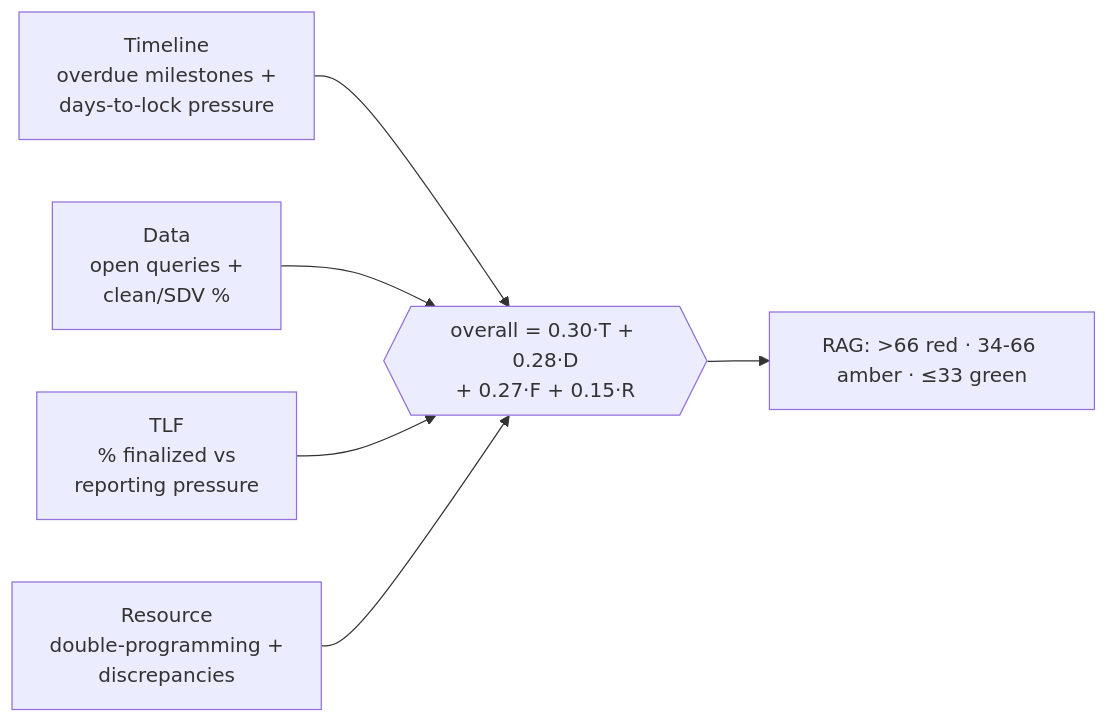
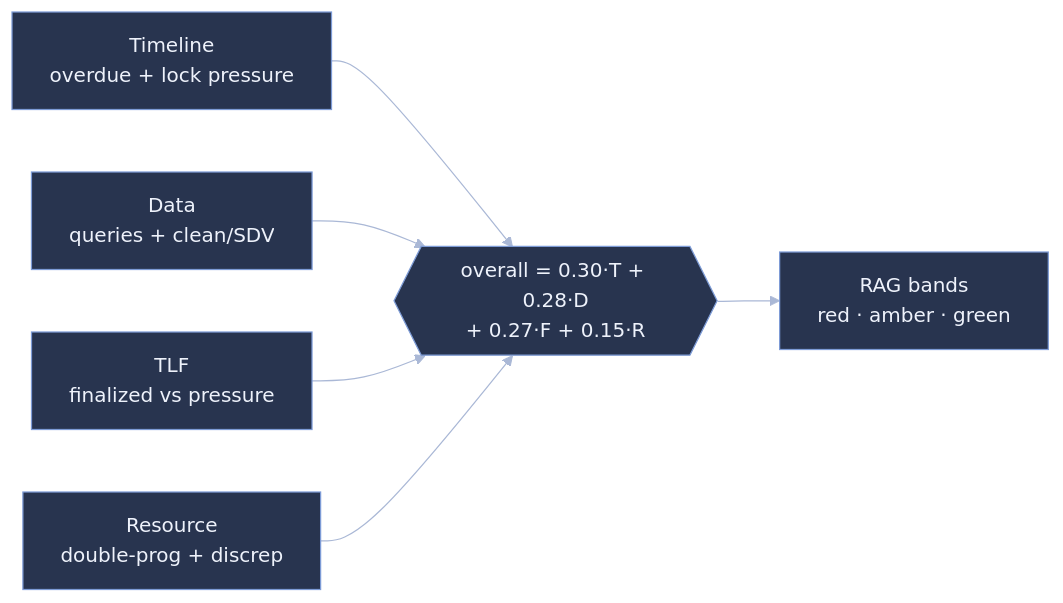
Before and after one commit to patrickiben/biometrics-ai-portfolio: the second of 2 diagrams in lifecycle_dashboard/quarto/lifecycle-guide.qmd, drawn with Mermaid. The commit also changed other lines of this file and 45 other files, not shown here.

````diff
--- a/lifecycle_dashboard/quarto/lifecycle-guide.qmd
+++ b/lifecycle_dashboard/quarto/lifecycle-guide.qmd
@@ -51,9 +59,10 @@
 ```{mermaid}
+%%{init: {'theme':'base','themeVariables':{'primaryColor':'#28344f','primaryTextColor':'#eef2fb','primaryBorderColor':'#7d9bd6','lineColor':'#aab8d6','clusterBkg':'#161d33','clusterBorder':'#3a476a','tertiaryColor':'#20406a','tertiaryTextColor':'#eef2fb','tertiaryBorderColor':'#7d9bd6','secondaryColor':'#20406a','secondaryTextColor':'#eef2fb'}}}%%
 flowchart LR
-  T[Timeline<br/>overdue milestones +<br/>days-to-lock pressure] --> O
-  D[Data<br/>open queries +<br/>clean/SDV %] --> O
-  F[TLF<br/>% finalized vs<br/>reporting pressure] --> O
-  Rs[Resource<br/>double-programming +<br/>discrepancies] --> O
-  O{{overall = 0.30·T + 0.28·D<br/>+ 0.27·F + 0.15·R}}
-  O --> RAG[RAG: >66 red · 34-66 amber · &le;33 green]
+  T["Timeline<br/>overdue + lock pressure"] --> O
+  D["Data<br/>queries + clean/SDV"] --> O
+  F["TLF<br/>finalized vs pressure"] --> O
+  Rs["Resource<br/>double-prog + discrep"] --> O
+  O{{"overall = 0.30·T + 0.28·D<br/>+ 0.27·F + 0.15·R"}}
+  O --> RAG["RAG bands<br/>red · amber · green"]
 ```
````
